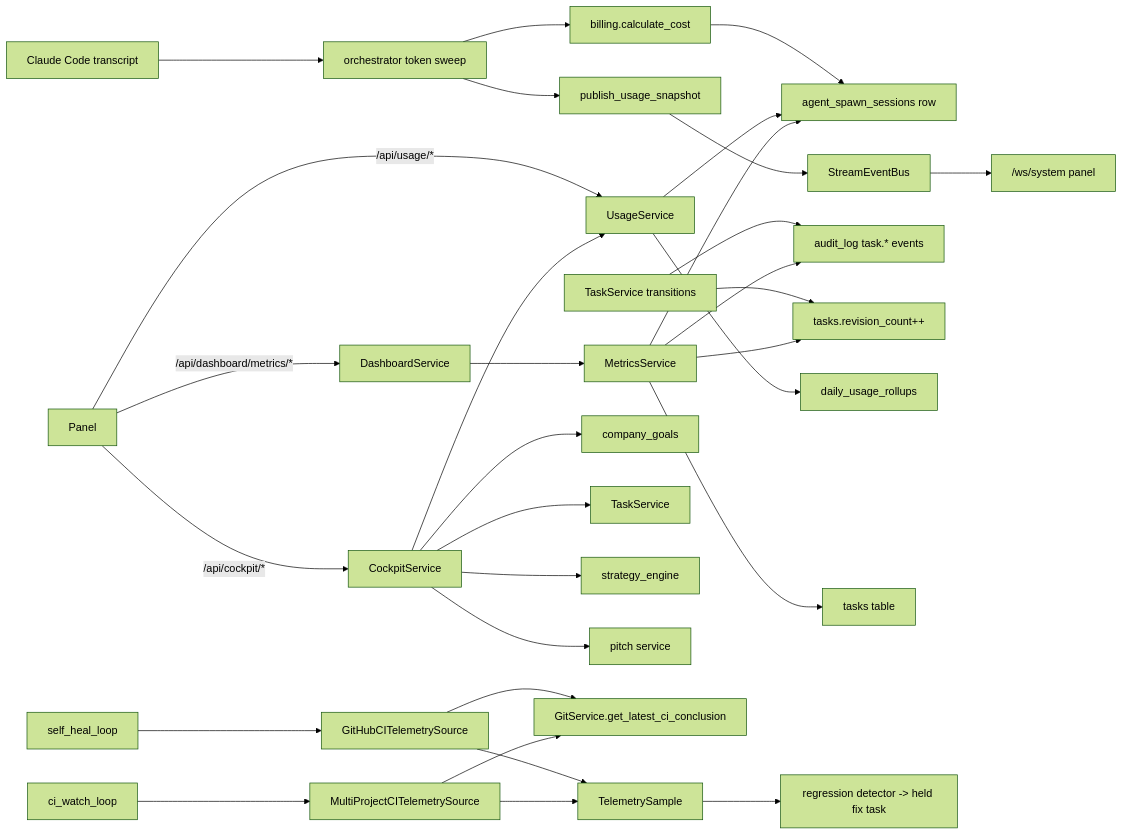
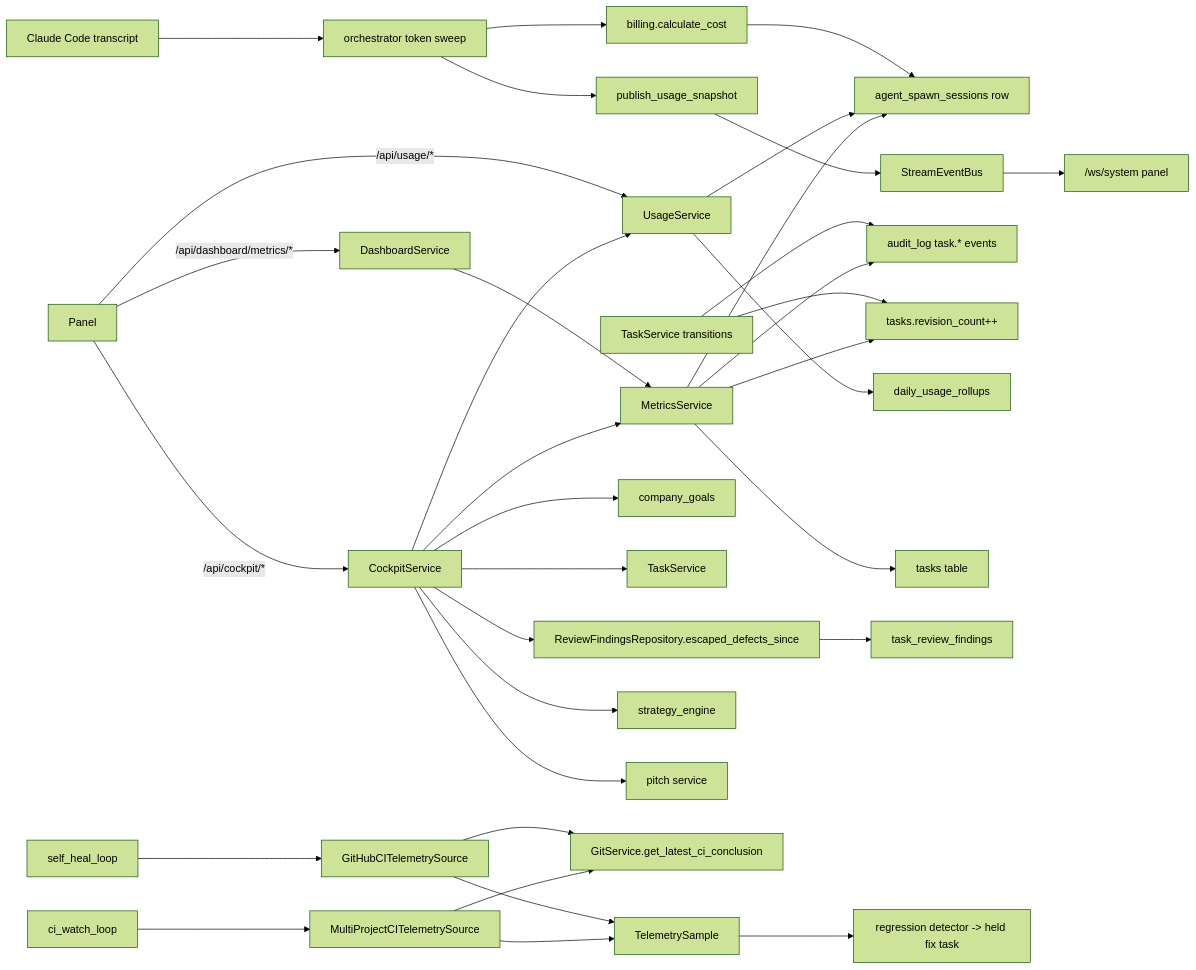
Before and after one commit to rennf93/roboco: the diagram in docs/map/metrics-observability.md, drawn with Mermaid (forest theme). The commit also changed other lines of this file and 6 other files, not shown here.

First line of the commit message:
feat(cockpit): expose first_pass_yield and a real escaped-defects metric (#709)

````diff
--- a/docs/map/metrics-observability.md
+++ b/docs/map/metrics-observability.md
@@ -99,38 +100,41 @@
 ```mermaid
 graph LR
   Transcript[Claude Code transcript] --> Sweep[orchestrator token sweep]
   Sweep --> CalcCost[billing.calculate_cost]
   CalcCost --> SpawnSess[agent_spawn_sessions row]
   Sweep --> PubSnap[publish_usage_snapshot]
   PubSnap --> Bus[StreamEventBus]
   Bus --> WS["/ws/system panel"]
 
   TaskLife[TaskService transitions] --> AuditLog[audit_log task.* events]
   TaskLife --> RevCount[tasks.revision_count++]
 
   Panel -->|/api/usage/*| UsageSvc[UsageService]
   UsageSvc --> SpawnSess
   UsageSvc --> Rollups[daily_usage_rollups]
 
   Panel -->|/api/dashboard/metrics/*| DashSvc[DashboardService]
   DashSvc --> MetricsSvc[MetricsService]
   MetricsSvc --> AuditLog
   MetricsSvc --> Tasks[tasks table]
   MetricsSvc --> SpawnSess
   MetricsSvc --> RevCount
 
   Panel -->|/api/cockpit/*| Cockpit[CockpitService]
   Cockpit --> Goals[company_goals]
   Cockpit --> TaskSvc[TaskService]
+  Cockpit --> MetricsSvc
+  Cockpit --> FindingsRepo[ReviewFindingsRepository.escaped_defects_since]
   Cockpit --> UsageSvc
   Cockpit --> Strategy[strategy_engine]
   Cockpit --> Pitch[pitch service]
+  FindingsRepo --> TaskReviewFindings[task_review_findings]
 
   SelfHeal[self_heal_loop] --> CISrc[GitHubCITelemetrySource]
   CIWatch[ci_watch_loop] --> MultiSrc[MultiProjectCITelemetrySource]
   CISrc --> GitSvc[GitService.get_latest_ci_conclusion]
   MultiSrc --> GitSvc
   CISrc --> Samples[TelemetrySample]
   MultiSrc --> Samples
   Samples --> Engine[regression detector -> held fix task]
 ```
````
